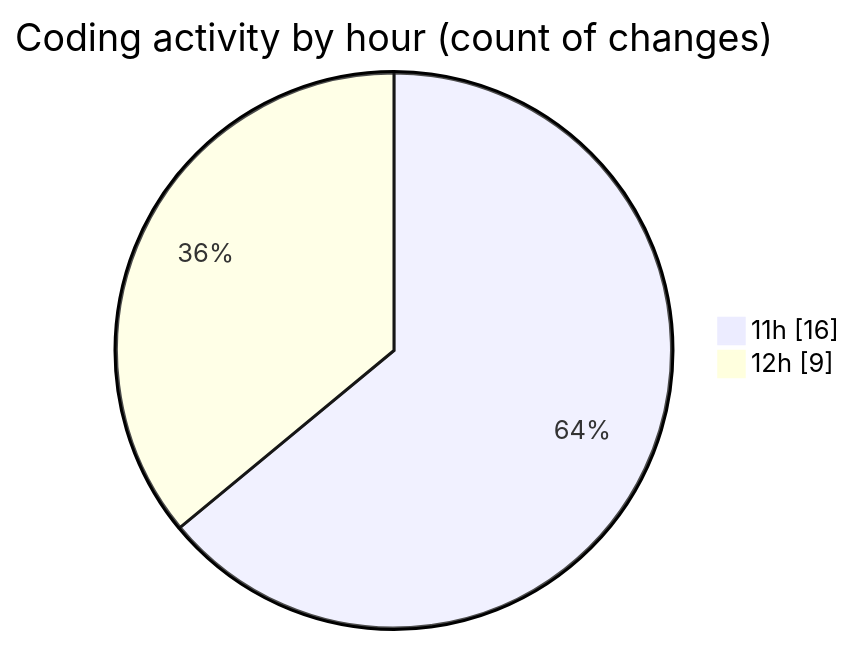
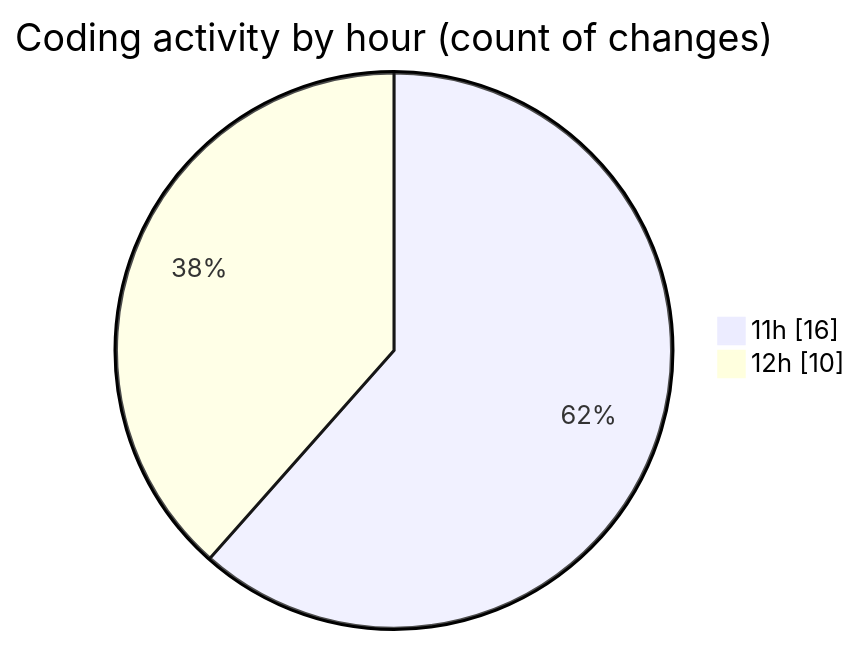
Before and after one commit to nxtqubesakshisongat/code-tracking: the second of 2 diagrams in 2025-09-30/nxtqube_webapp/README.md, drawn with Mermaid. The commit also changed other lines of this file and 1 other file, not shown here.

````diff
--- a/2025-09-30/nxtqube_webapp/README.md
+++ b/2025-09-30/nxtqube_webapp/README.md
@@ -32,6 +32,6 @@
 ```mermaid
 pie showData
 title Coding activity by hour (count of changes)
 "11h" : 16
-"12h" : 9
+"12h" : 10
 ```
````
